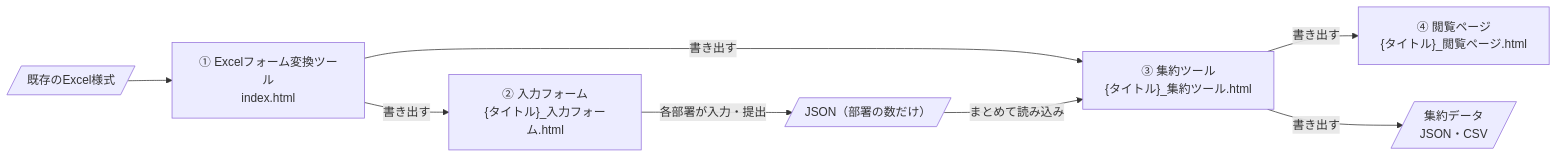
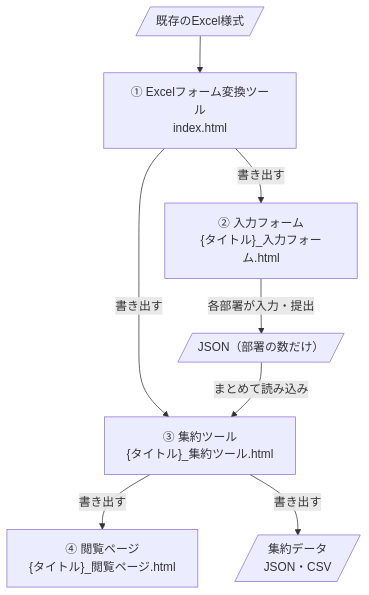
One commit to onuma-spec/excel-html-tool changed the diagram in README.md. Above: the diagram before and after it, drawn with Mermaid.

Commit message:
関係図を横方向(LR)から縦方向(TD)に変更し、GitHub上での表示を大きくする

````diff
--- a/README.md
+++ b/README.md
@@ -21,15 +21,15 @@
 ```mermaid
-flowchart LR
+flowchart TD
     Excel[/既存のExcel様式/] --> T1
 
     T1["① Excelフォーム変換ツール\nindex.html"]
 
     T1 -->|書き出す| Form["② 入力フォーム\n{タイトル}_入力フォーム.html"]
     T1 -->|書き出す| Agg["③ 集約ツール\n{タイトル}_集約ツール.html"]
 
     Form -->|各部署が入力・提出| JSON[/JSON（部署の数だけ）/]
     JSON -->|まとめて読み込み| Agg
 
     Agg -->|書き出す| Viewer["④ 閲覧ページ\n{タイトル}_閲覧ページ.html"]
     Agg -->|書き出す| Data[/集約データ\nJSON・CSV/]
 ```
````
